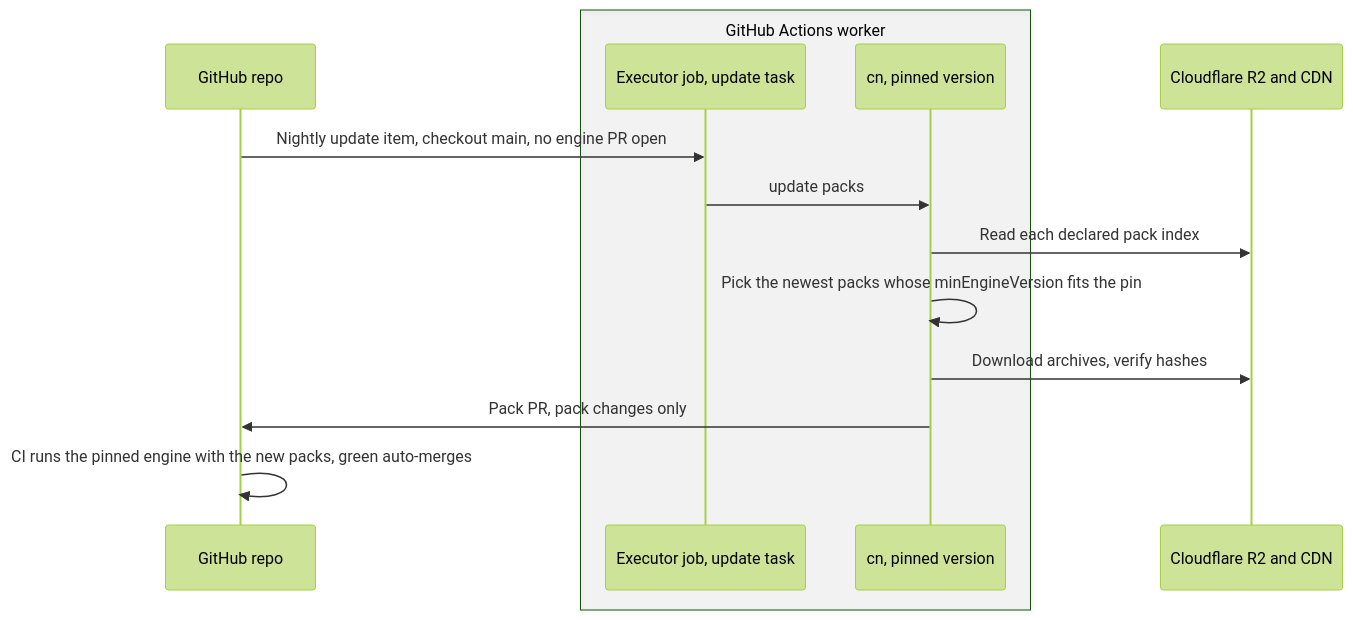
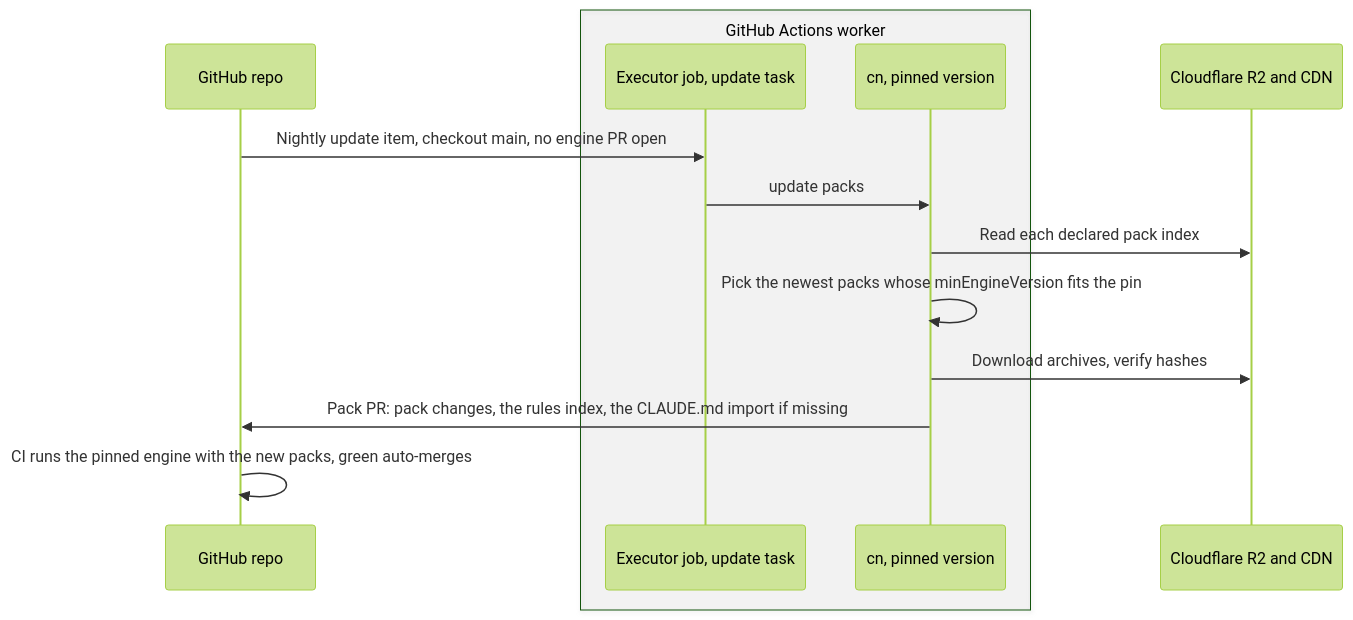
Before and after one commit to missingbulb/ClaudiniteEngine: the seventh of 8 diagrams in docs/design.md, drawn with Mermaid (forest theme). The commit also changed other lines of this file and 664 other files, not shown here.

````diff
--- a/docs/design.md
+++ b/docs/design.md
@@ -457,16 +459,16 @@
 ```mermaid
 sequenceDiagram
   participant GH as GitHub repo
   box rgba(128,128,128,0.08) GitHub Actions worker
     participant J as Executor job, update task
     participant B as cn, pinned version
   end
   participant R2 as Cloudflare R2 and CDN
   GH->>J: Nightly update item, checkout main, no engine PR open
   J->>B: update packs
   B->>R2: Read each declared pack index
   B->>B: Pick the newest packs whose minEngineVersion fits the pin
   B->>R2: Download archives, verify hashes
-  B->>GH: Pack PR, pack changes only
+  B->>GH: Pack PR: pack changes, the rules index, the CLAUDE.md import if missing
   GH->>GH: CI runs the pinned engine with the new packs, green auto-merges
 ```
````
